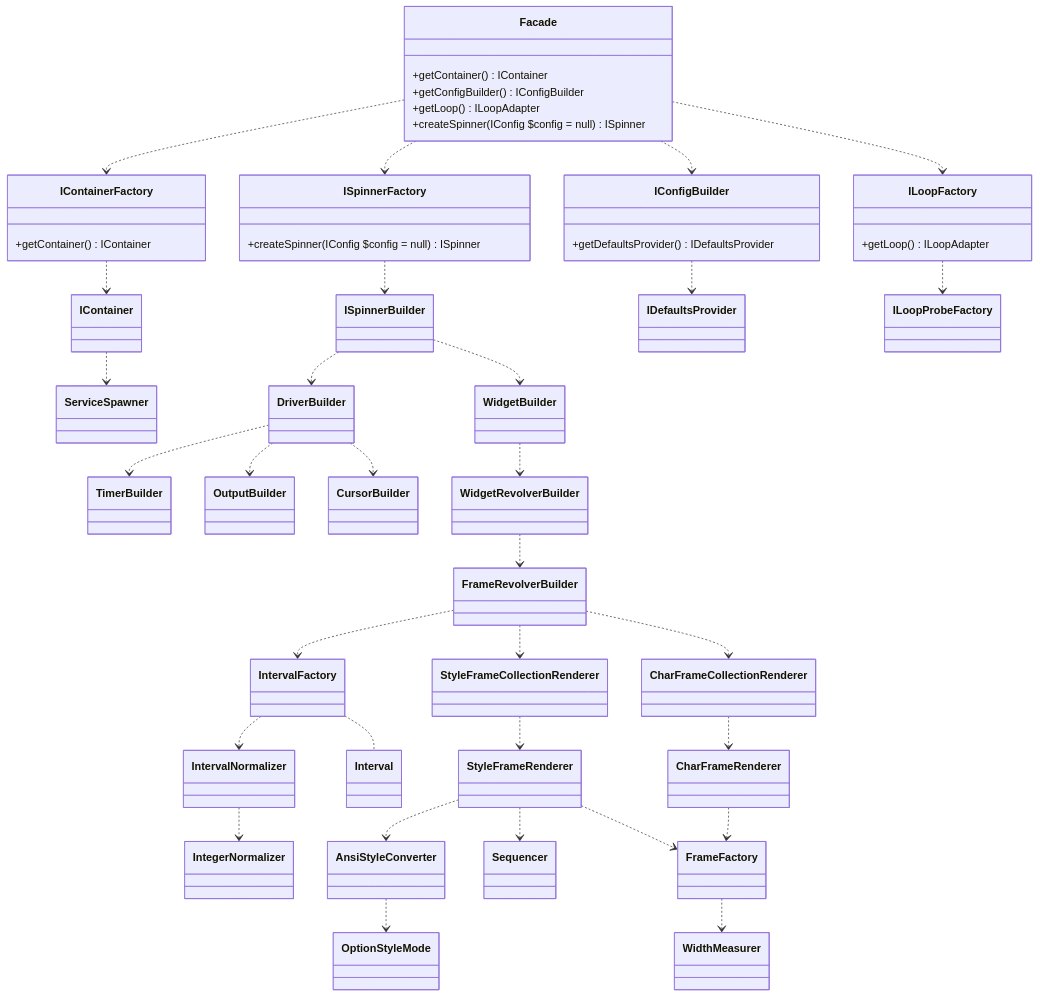
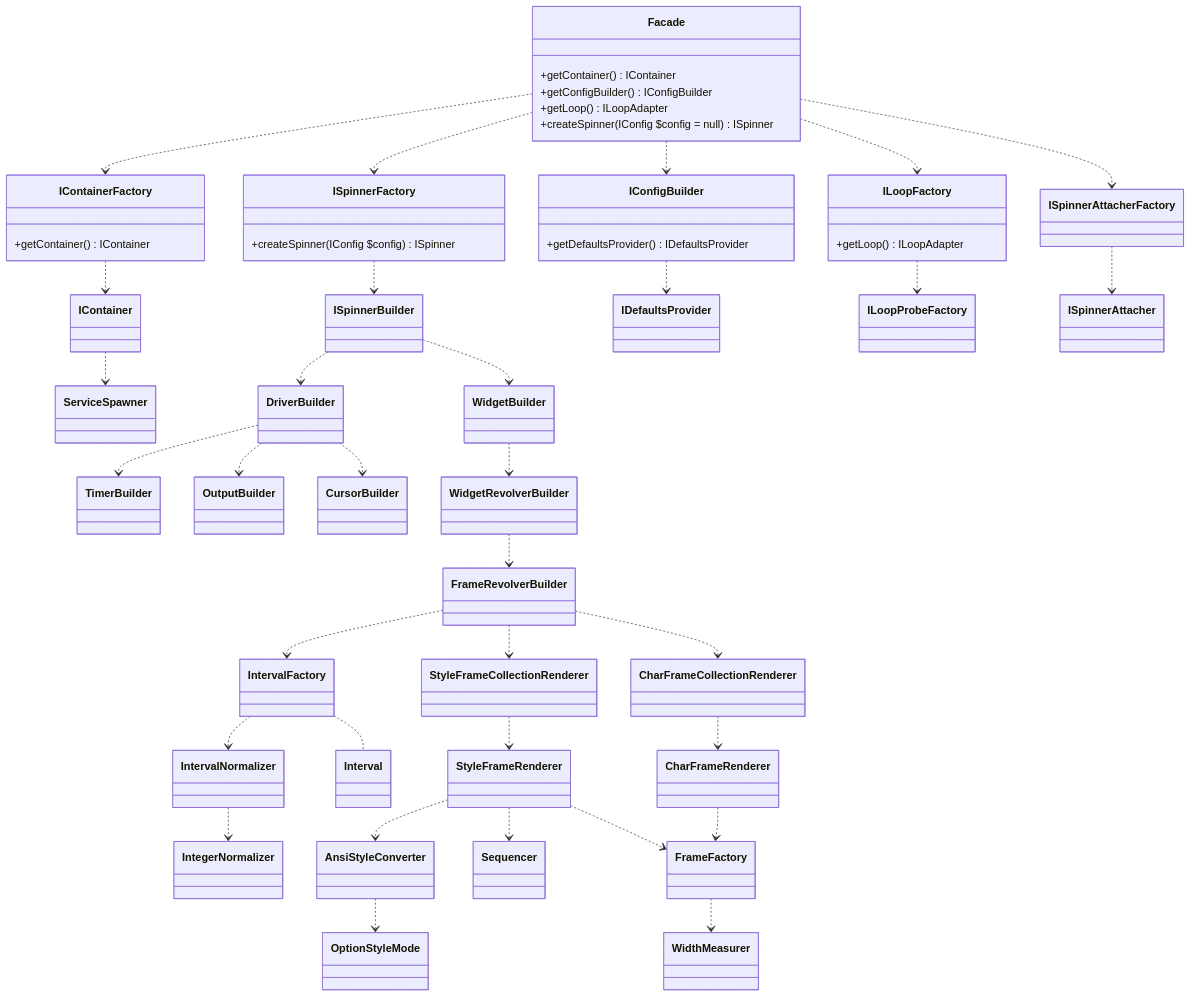
One commit to alecrabbit/php-console-spinner changed the diagram in doc/info/chart/services.md. Above: the diagram before and after it, drawn with Mermaid. The commit also changed 10 other files, not shown here.

````diff
--- a/doc/info/chart/services.md
+++ b/doc/info/chart/services.md
@@ -3,77 +3,80 @@
 ```mermaid
 classDiagram
     direction TB
     Facade ..> IContainerFactory
     Facade ..> IConfigBuilder
     Facade ..> ISpinnerFactory
     Facade ..> ILoopFactory
+    Facade ..> ISpinnerAttacherFactory
 
     class Facade {
         +getContainer() IContainer
         +getConfigBuilder() IConfigBuilder
         +getLoop() ILoopAdapter
         +createSpinner(IConfig $config = null) ISpinner
     }
     
     IContainerFactory ..> IContainer
 
     class IContainerFactory {
         +getContainer() IContainer
     }
     
     IContainer ..> ServiceSpawner
 
     ISpinnerFactory ..> ISpinnerBuilder
 
     class ISpinnerFactory {
-        +createSpinner(IConfig $config = null) ISpinner
+        +createSpinner(IConfig $config) ISpinner
     }
     
     IConfigBuilder ..> IDefaultsProvider
     
     class IConfigBuilder {
         +getDefaultsProvider() IDefaultsProvider
     }
     
     ILoopFactory ..> ILoopProbeFactory
 
     class ILoopFactory {
         +getLoop() ILoopAdapter
     }
+    
+    ISpinnerAttacherFactory ..> ISpinnerAttacher
     
     ISpinnerBuilder ..> DriverBuilder
     ISpinnerBuilder ..> WidgetBuilder
 
     DriverBuilder ..> TimerBuilder
     DriverBuilder ..> OutputBuilder
     DriverBuilder ..> CursorBuilder
 
     WidgetBuilder ..> WidgetRevolverBuilder
 
     WidgetRevolverBuilder ..> FrameRevolverBuilder
 
     FrameRevolverBuilder ..> StyleFrameCollectionRenderer
     FrameRevolverBuilder ..> CharFrameCollectionRenderer
     FrameRevolverBuilder ..> IntervalFactory
 
     IntervalFactory ..> IntervalNormalizer
     IntervalFactory .. Interval
 
     IntervalNormalizer ..> IntegerNormalizer
 
     StyleFrameCollectionRenderer ..> StyleFrameRenderer
 
     CharFrameCollectionRenderer ..> CharFrameRenderer
 
     StyleFrameRenderer ..> AnsiStyleConverter
     StyleFrameRenderer ..> Sequencer
     StyleFrameRenderer ..> FrameFactory
     
     CharFrameRenderer ..> FrameFactory
 
     AnsiStyleConverter ..> OptionStyleMode
 
     FrameFactory ..> WidthMeasurer
 
 
 ```
````
